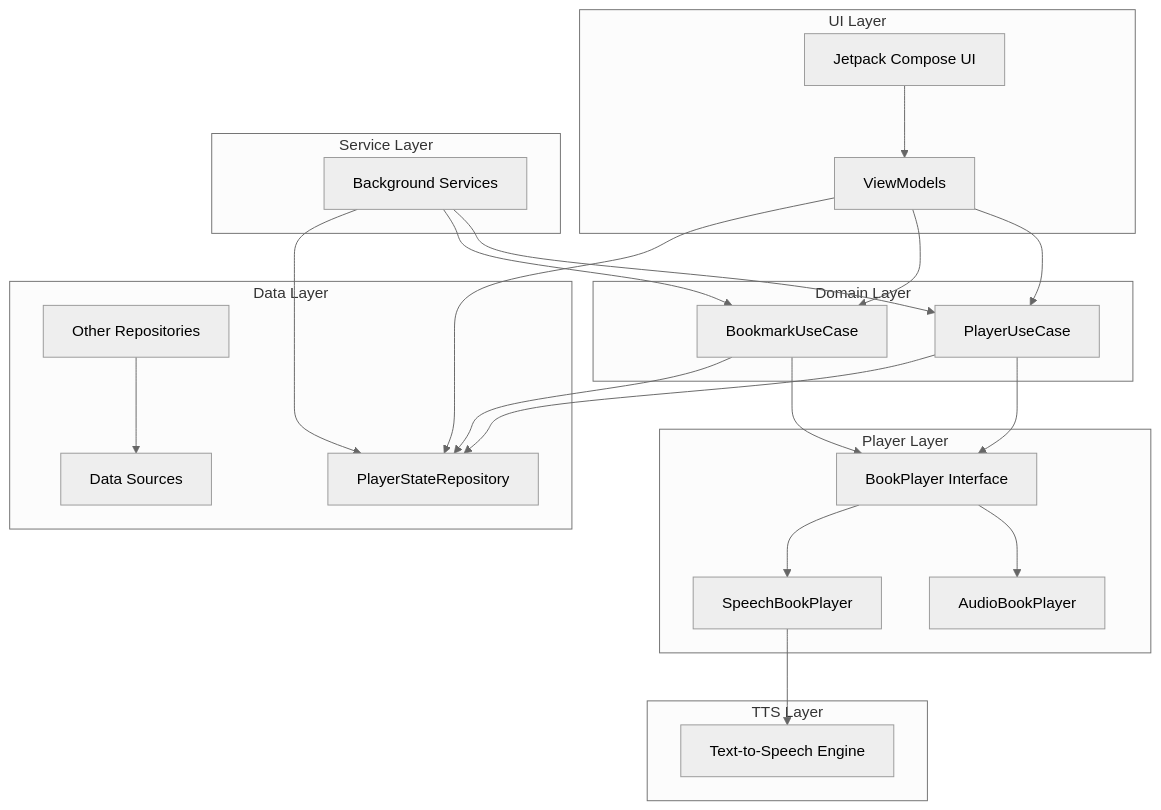
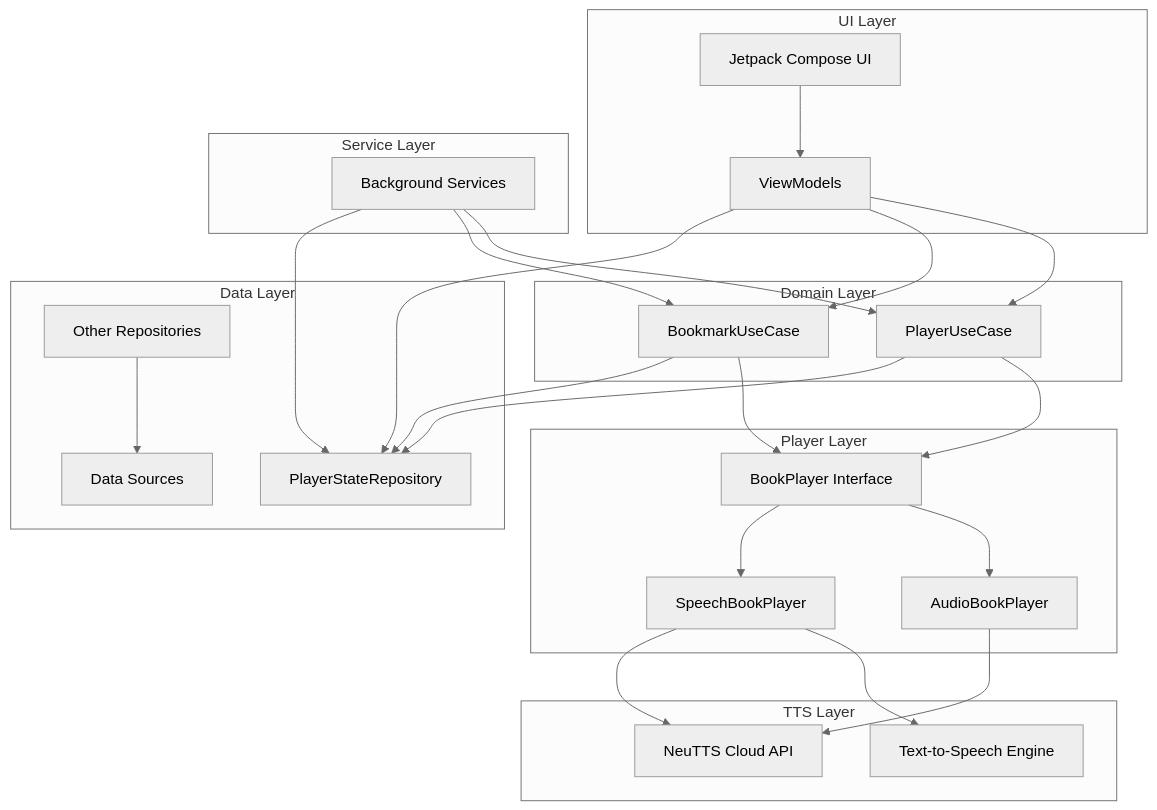
One commit to numipasaaa/NeuRead changed the diagram in README.md. Above: the diagram before and after it, drawn with Mermaid (neutral theme). The commit also changed other lines of this file and 54 other files, not shown here.

````diff
--- a/README.md
+++ b/README.md
@@ -60,48 +54,51 @@
 ```mermaid
 graph TB
     subgraph "UI Layer"
         UI[Jetpack Compose UI]
         VM[ViewModels]
     end
 
     subgraph "Domain Layer"
         PUC[PlayerUseCase]
         BUC[BookmarkUseCase]
     end
 
     subgraph "Player Layer"
         BP[BookPlayer Interface]
         ABP[AudioBookPlayer]
         SBP[SpeechBookPlayer]
     end
 
     subgraph "TTS Layer"
         TTS[Text-to-Speech Engine]
+        AI[NeuTTS Cloud API]
     end
 
     subgraph "Data Layer"
         PSR[PlayerStateRepository]
         REPO[Other Repositories]
         DS[Data Sources]
     end
 
     subgraph "Service Layer"
         PS[Background Services]
     end
 
     UI --> VM
     VM --> PUC
     VM --> BUC
     VM --> PSR
     PS --> PUC
     PS --> BUC
     PS --> PSR
     PUC --> BP
     BUC --> BP
     PUC --> PSR
     BUC --> PSR
     BP --> ABP
     BP --> SBP
     SBP --> TTS
+    SBP --> AI
+    ABP --> AI
     REPO --> DS
 ```
````
